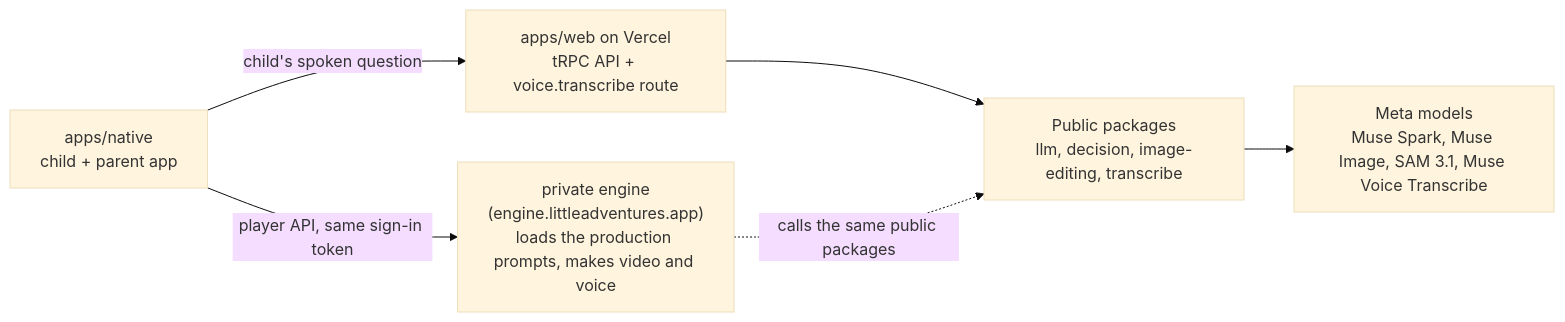
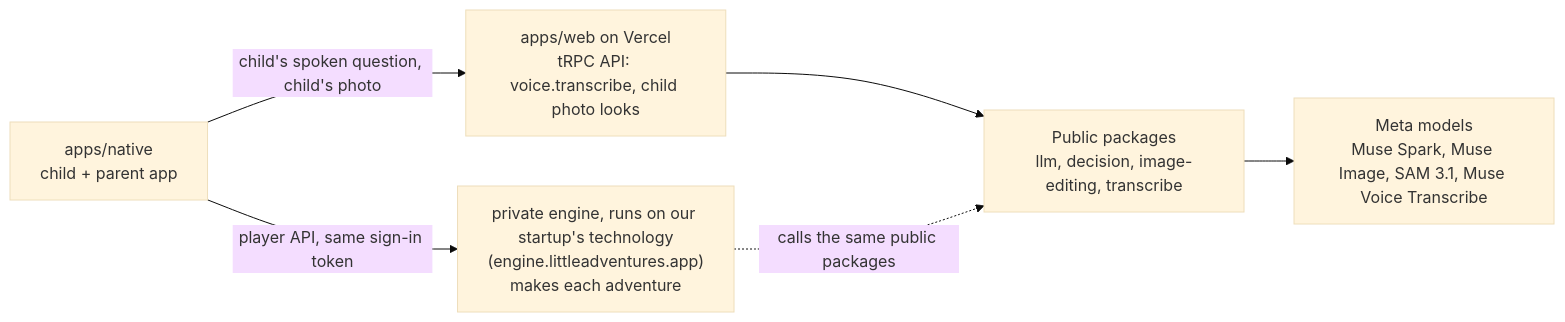
One commit to kaminskypavel/little-adventures changed the first of 3 diagrams in ARCHITECTURE.md. Above: the diagram before and after it, drawn with Mermaid (base theme). The commit also changed other lines of this file and 1 other file, not shown here.

First line of the commit message:
docs: architecture covers the question flow and the public llm and decision packages

````diff
--- a/ARCHITECTURE.md
+++ b/ARCHITECTURE.md
@@ -7,14 +9,14 @@
 ```mermaid
 flowchart LR
   App["apps/native<br/>child + parent app"]
-  Server["apps/web on Vercel<br/>tRPC API + voice.transcribe route"]
+  Server["apps/web on Vercel<br/>tRPC API: voice.transcribe, child photo looks"]
   Pkgs["Public packages<br/>llm, decision, image-editing, transcribe"]
   Meta["Meta models<br/>Muse Spark, Muse Image, SAM 3.1, Muse Voice Transcribe"]
-  Engine["private engine<br/>(engine.littleadventures.app)<br/>loads the production prompts, makes video and voice"]
+  Engine["private engine, runs on our startup's technology<br/>(engine.littleadventures.app)<br/>makes each adventure"]
 
-  App -->|"child's spoken question"| Server
+  App -->|"child's spoken question, child's photo"| Server
   Server --> Pkgs
   Pkgs --> Meta
   App -->|"player API, same sign-in token"| Engine
   Engine -.->|"calls the same public packages"| Pkgs
 ```
````
